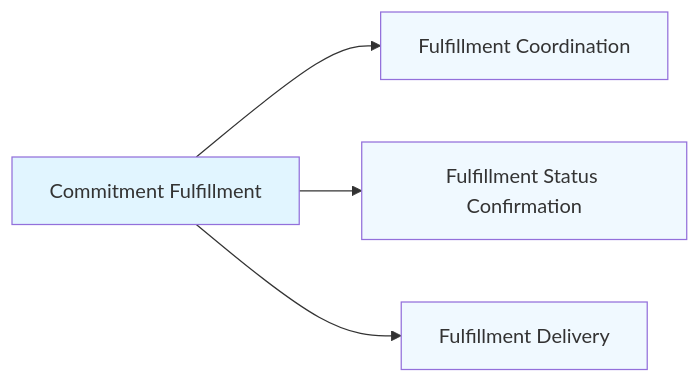
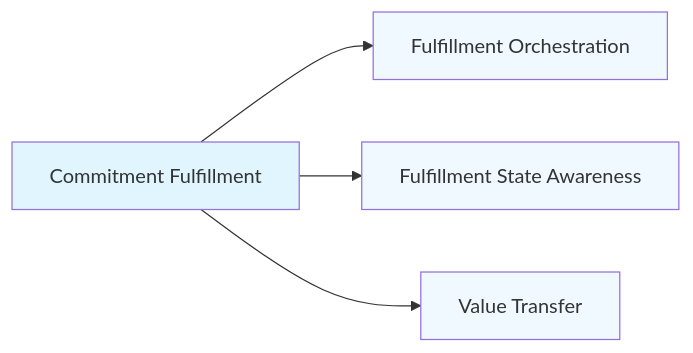
The fourth of 10 diagrams in docs/architecture/01-business-architecture.md (Evilazaro/Azure-LogicApps-Monitoring), drawn with Mermaid before and after one commit. The commit also changed other lines of this file, not shown here.

Commit message:
Refactor Business Architecture document: update terminology and enhance clarity in commitment management and fulfillment sections

````diff
--- a/docs/architecture/01-business-architecture.md
+++ b/docs/architecture/01-business-architecture.md
@@ -171,11 +171,11 @@
 ```mermaid
 graph LR
-    CF[Commitment Fulfillment] --> FC[Fulfillment Coordination]
-    CF --> FS[Fulfillment Status Confirmation]
-    CF --> FD[Fulfillment Delivery]
+    CF[Commitment Fulfillment] --> FC[Fulfillment Orchestration]
+    CF --> FS[Fulfillment State Awareness]
+    CF --> FD[Value Transfer]
 
     style CF fill:#e1f5ff
     style FC fill:#f0f9ff
     style FS fill:#f0f9ff
     style FD fill:#f0f9ff
 ```
````
